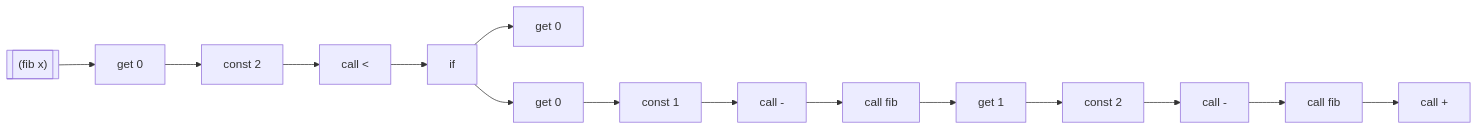
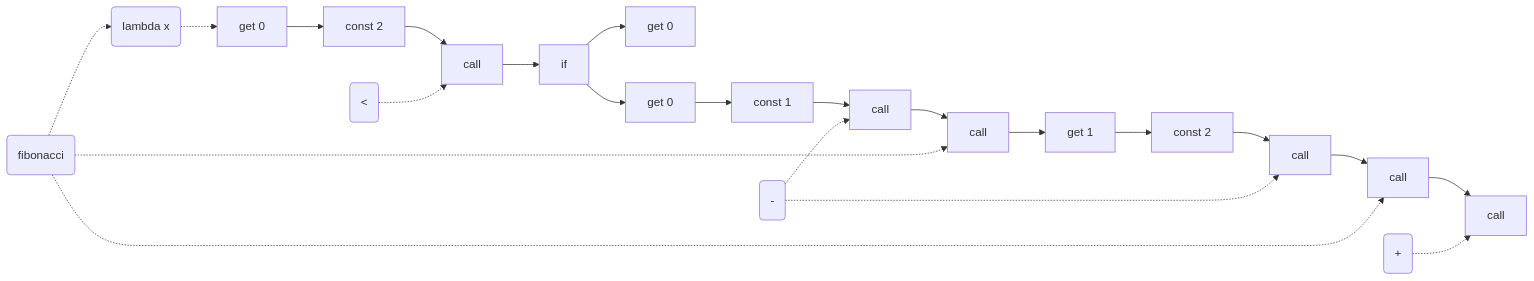
One commit to raviqqe/doc changed the diagram in slides/papers/stak-scheme/fibonacci.mmd. Above: the diagram before and after it, drawn with Mermaid. The commit also changed 7 other files, not shown here.

```diff
--- a/slides/papers/stak-scheme/fibonacci.mmd
+++ b/slides/papers/stak-scheme/fibonacci.mmd
@@ -1,6 +1,13 @@
 flowchart LR
-  f0[["(fib x)"]] --> c0
-  c0[get 0] --> c1[const 2] --> c2[call <] --> c4
+  d0(fibonacci) -.-> d1
+  d0 -.-> c9
+  d0 -.-> c13
+  d1(lambda x) -.-> c0
+  d2(<) -.-> c2
+  d3("-") -.-> c8
+  d3 -.-> c12
+  d4(+) -.-> c14
+  c0[get 0] --> c1[const 2] --> c2[call] --> c4
   c4[if] -->  c5[get 0]
-  c4 -->  c6[get 0] --> c7[const 1] --> c8[call -] --> c9[call fib] --> c10
-  c10[get 1] --> c11[const 2] --> c12[call -] --> c13[call fib] --> c14[call +]
+  c4 -->  c6[get 0] --> c7[const 1] --> c8[call] --> c9[call] --> c10
+  c10[get 1] --> c11[const 2] --> c12[call] --> c13[call] --> c14[call]
```
